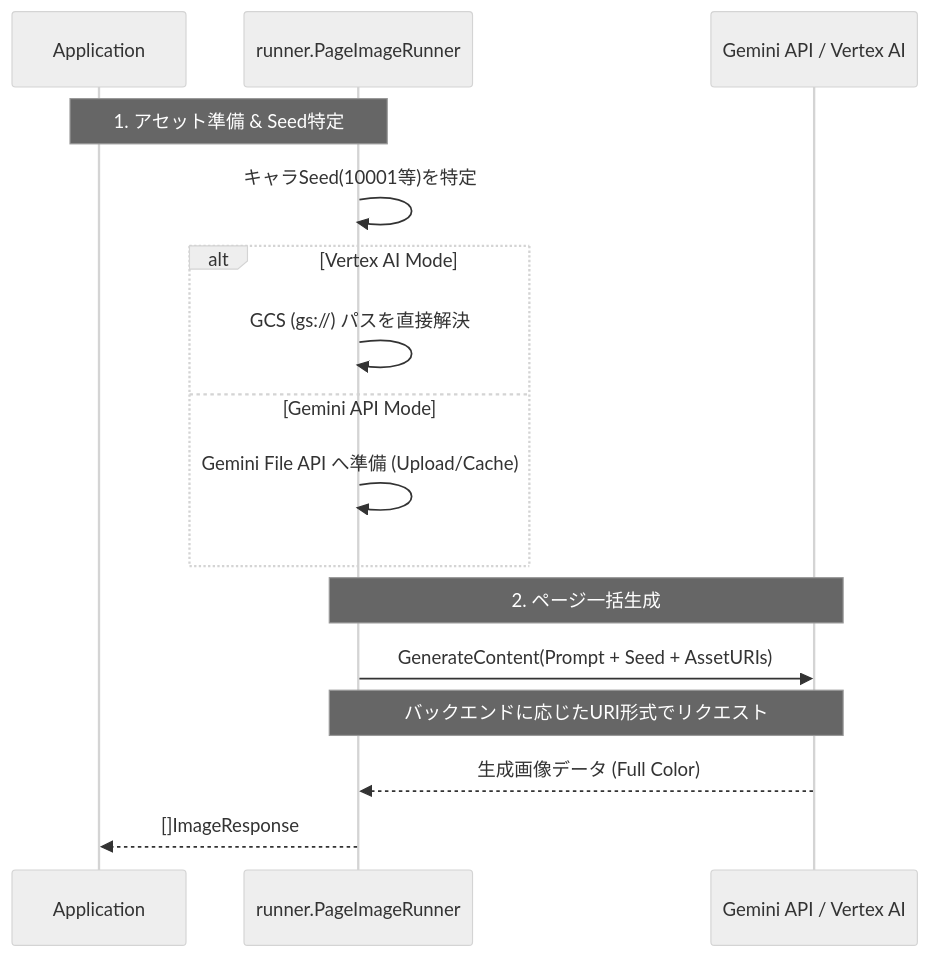
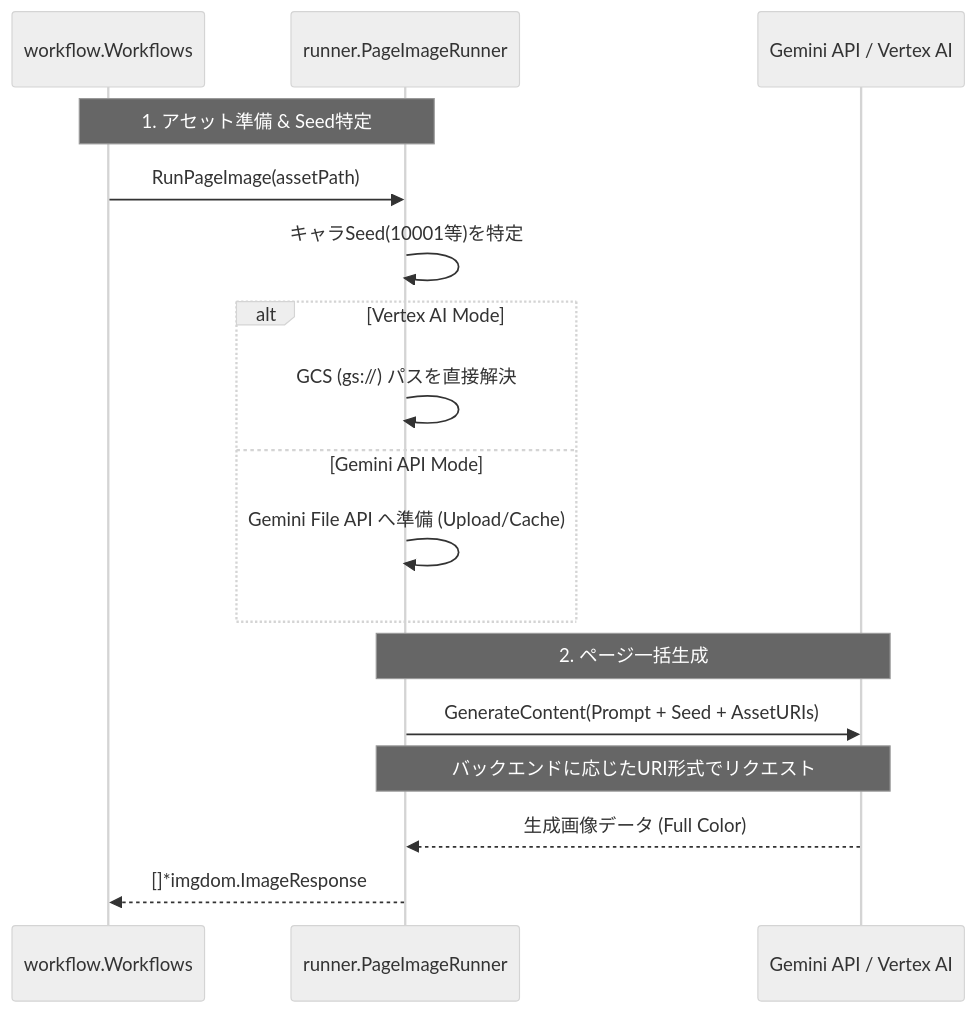
Before and after one commit to shouni/go-manga-kit: the diagram in README.md, drawn with Mermaid (neutral theme).

Commit message:
Docs: Update README sequence diagram to reflect `Runners` renamed to `Workflows` and adjust method interaction steps

````diff
--- a/README.md
+++ b/README.md
@@ -68,22 +68,23 @@
 ```mermaid
 sequenceDiagram
-    participant APP as Application
-    participant Runner as runner.PageImageRunner
-    participant API as Gemini API / Vertex AI
+  participant WF as workflow.Workflows
+  participant Runner as runner.PageImageRunner
+  participant API as Gemini API / Vertex AI
 
-    Note over APP, Runner: 1. アセット準備 & Seed特定
-    Runner->>Runner: キャラSeed(10001等)を特定
+  Note over WF, Runner: 1. アセット準備 & Seed特定
+  WF->>Runner: RunPageImage(assetPath)
+  Runner->>Runner: キャラSeed(10001等)を特定
 
-    alt Vertex AI Mode
-        Runner->>Runner: GCS (gs://) パスを直接解決
-    else Gemini API Mode
-        Runner->>Runner: Gemini File API へ準備 (Upload/Cache)
-    end
+  alt Vertex AI Mode
+    Runner->>Runner: GCS (gs://) パスを直接解決
+  else Gemini API Mode
+    Runner->>Runner: Gemini File API へ準備 (Upload/Cache)
+  end
 
-    Note over Runner, API: 2. ページ一括生成
-    Runner->>API: GenerateContent(Prompt + Seed + AssetURIs)
-    Note over Runner, API: バックエンドに応じたURI形式でリクエスト
-    API-->>Runner: 生成画像データ (Full Color)
-    Runner-->>APP: []ImageResponse
+  Note over Runner, API: 2. ページ一括生成
+  Runner->>API: GenerateContent(Prompt + Seed + AssetURIs)
+  Note over Runner, API: バックエンドに応じたURI形式でリクエスト
+  API-->>Runner: 生成画像データ (Full Color)
+  Runner-->>WF: []*imgdom.ImageResponse
 
 ```
````
